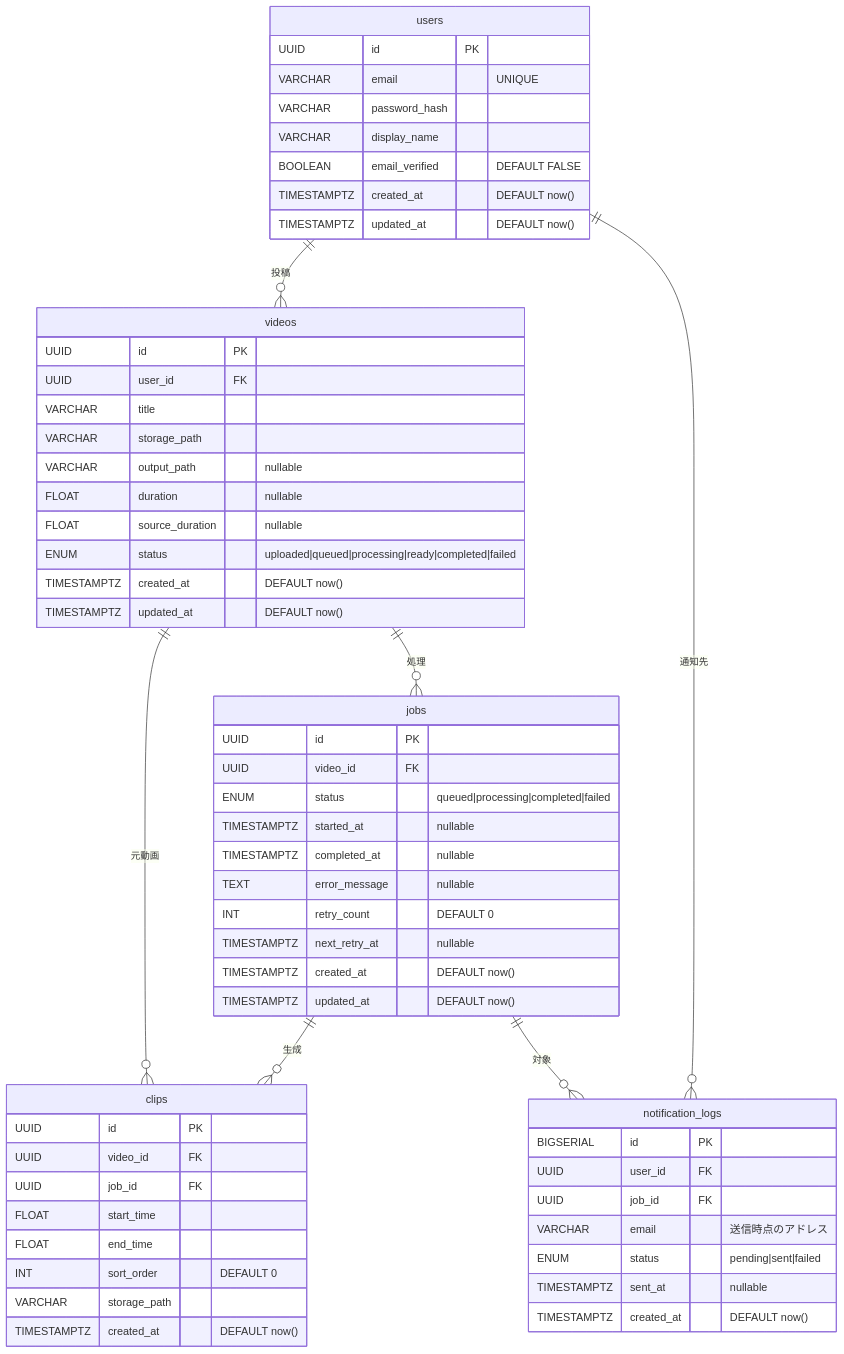
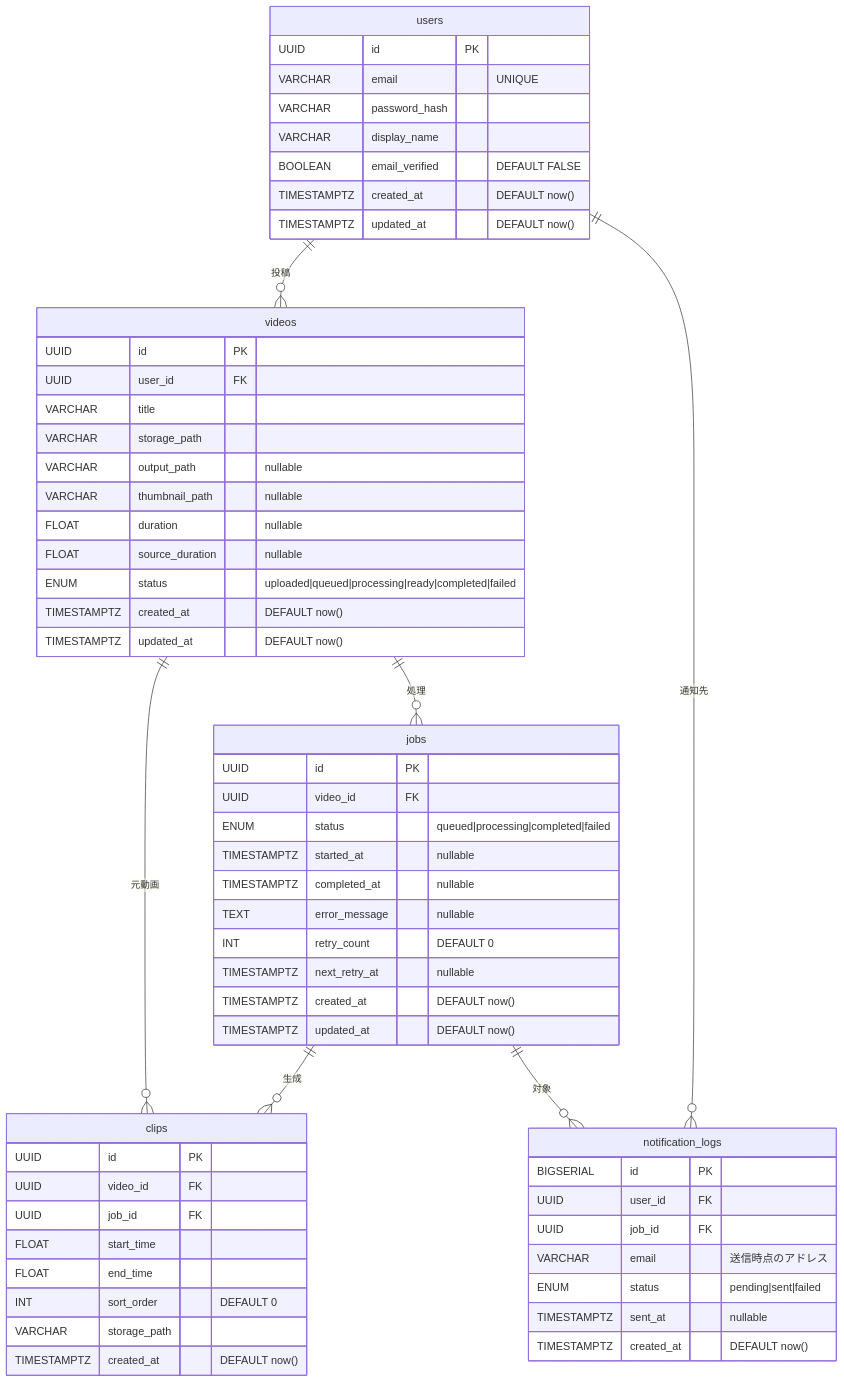
The diagram in docs/DataModel.md (TakuM-M/Visuable_for_you_tabletennis), drawn with Mermaid before and after one commit. The commit also changed other lines of this file and 15 other files, not shown here.

````diff
--- a/docs/DataModel.md
+++ b/docs/DataModel.md
@@ -5,66 +5,67 @@
 ```mermaid
 erDiagram
     users {
         UUID id PK
         VARCHAR email "UNIQUE"
         VARCHAR password_hash
         VARCHAR display_name
         BOOLEAN email_verified "DEFAULT FALSE"
         TIMESTAMPTZ created_at "DEFAULT now()"
         TIMESTAMPTZ updated_at "DEFAULT now()"
     }
 
     videos {
         UUID id PK
         UUID user_id FK
         VARCHAR title
         VARCHAR storage_path
         VARCHAR output_path "nullable"
+        VARCHAR thumbnail_path "nullable"
         FLOAT duration "nullable"
         FLOAT source_duration "nullable"
         ENUM status "uploaded|queued|processing|ready|completed|failed"
         TIMESTAMPTZ created_at "DEFAULT now()"
         TIMESTAMPTZ updated_at "DEFAULT now()"
     }
 
     jobs {
         UUID id PK
         UUID video_id FK
         ENUM status "queued|processing|completed|failed"
         TIMESTAMPTZ started_at "nullable"
         TIMESTAMPTZ completed_at "nullable"
         TEXT error_message "nullable"
         INT retry_count "DEFAULT 0"
         TIMESTAMPTZ next_retry_at "nullable"
         TIMESTAMPTZ created_at "DEFAULT now()"
         TIMESTAMPTZ updated_at "DEFAULT now()"
     }
 
     clips {
         UUID id PK
         UUID video_id FK
         UUID job_id FK
         FLOAT start_time
         FLOAT end_time
         INT sort_order "DEFAULT 0"
         VARCHAR storage_path
         TIMESTAMPTZ created_at "DEFAULT now()"
     }
 
     notification_logs {
         BIGSERIAL id PK
         UUID user_id FK
         UUID job_id FK
         VARCHAR email "送信時点のアドレス"
         ENUM status "pending|sent|failed"
         TIMESTAMPTZ sent_at "nullable"
         TIMESTAMPTZ created_at "DEFAULT now()"
     }
 
     users ||--o{ videos : "投稿"
     videos ||--o{ jobs : "処理"
     jobs ||--o{ clips : "生成"
     videos ||--o{ clips : "元動画"
     users ||--o{ notification_logs : "通知先"
     jobs ||--o{ notification_logs : "対象"
 ```
````
